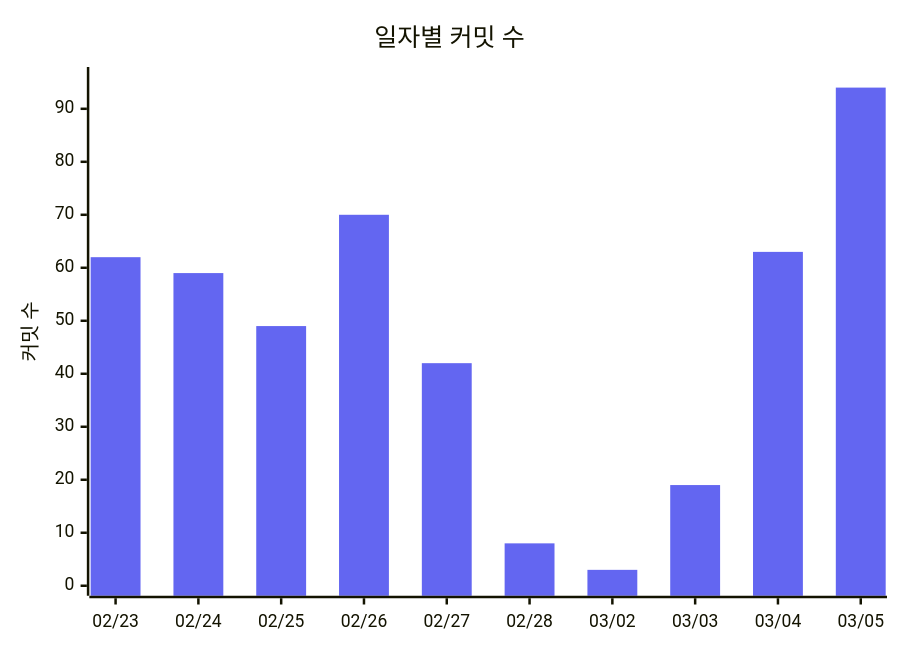
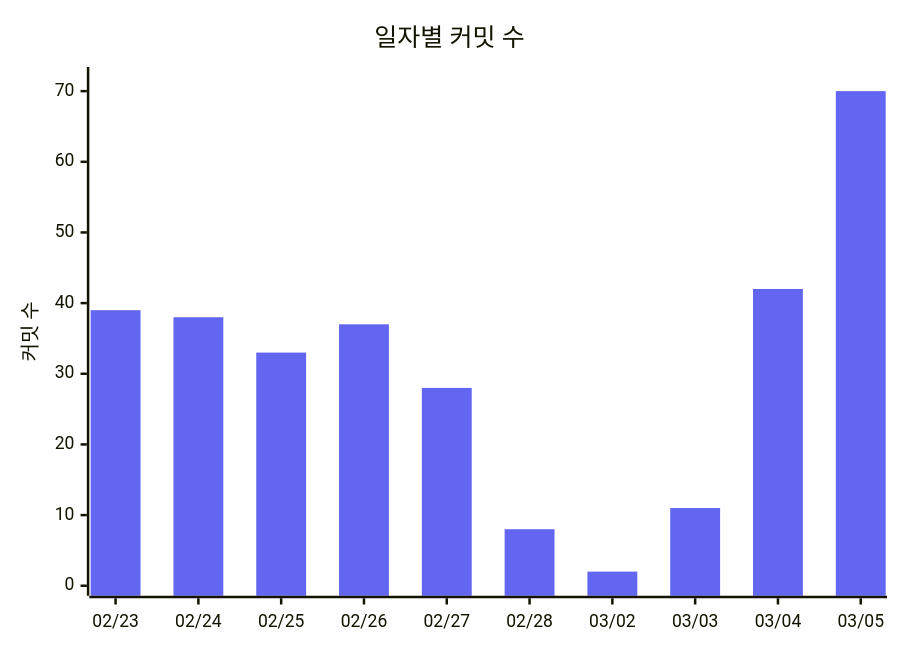
The fourth of 4 diagrams in README.md (3rd-project-team-1/ALYAC-market-team1), drawn with Mermaid before and after one commit. The commit also changed other lines of this file, not shown here.

````diff
--- a/README.md
+++ b/README.md
@@ -452,12 +452,12 @@
 ```mermaid
 %%{init: { 'theme': 'base', 'themeVariables': {
   'xyChart': {
     'plotColorPalette': '#6366f1'
   }
 } } }%%
 xychart-beta
   title "일자별 커밋 수"
   x-axis ["02/23", "02/24", "02/25", "02/26", "02/27", "02/28", "03/02", "03/03", "03/04", "03/05"]
-  y-axis "커밋 수" 0 --> 96
-  bar [62, 59, 49, 70, 42, 8, 3, 19, 63, 94]
+  y-axis "커밋 수" 0 --> 72
+  bar [39, 38, 33, 37, 28, 8, 2, 11, 42, 70]
 ```
````
